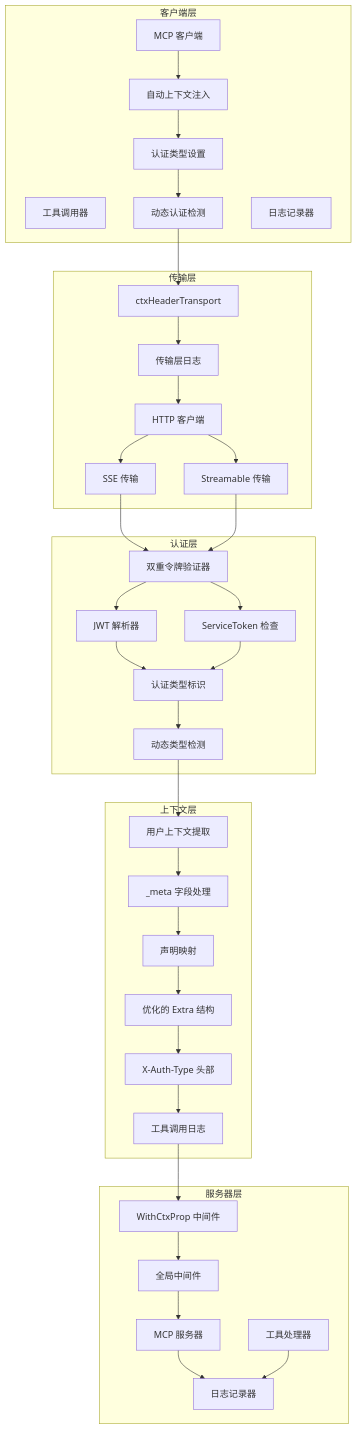
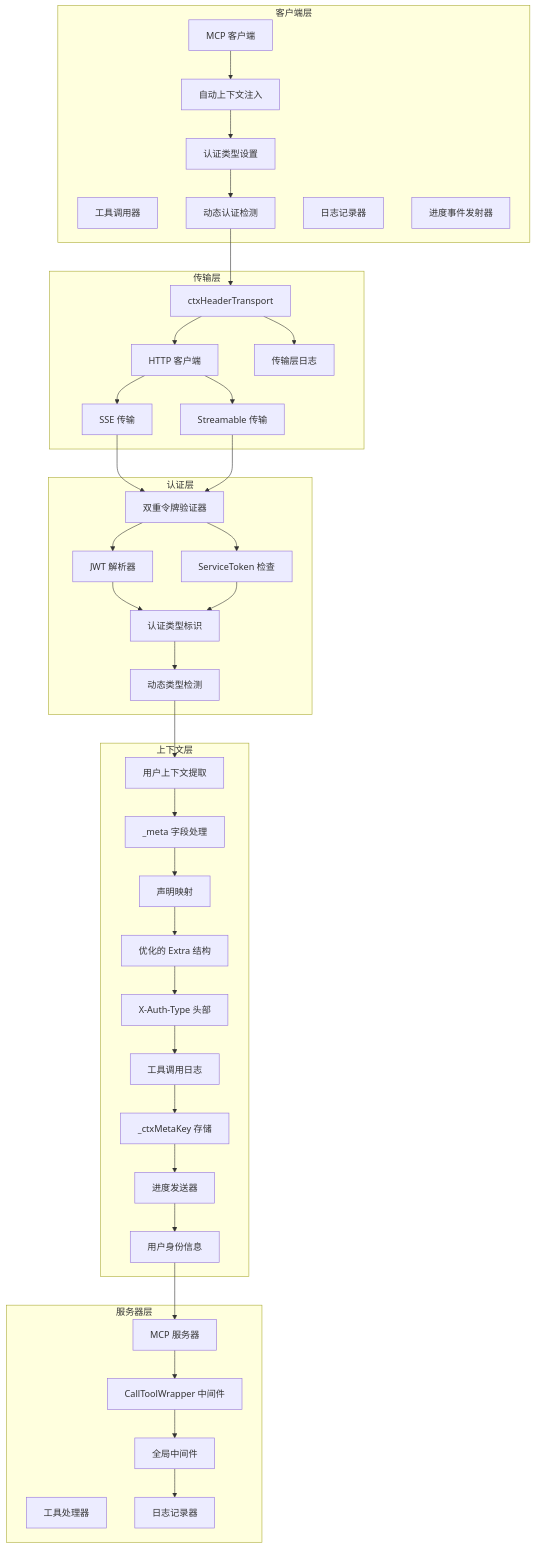
The seventh of 13 diagrams in .qoder/repowiki/zh/content/Mcpx Authentication System.md (maomao94/zero-service), drawn with Mermaid before and after one commit. The commit also changed other lines of this file and 42 other files, not shown here.

````diff
--- a/.qoder/repowiki/zh/content/Mcpx Authentication System.md
+++ b/.qoder/repowiki/zh/content/Mcpx Authentication System.md
@@ -264,66 +312,72 @@
 ```mermaid
 graph TB
 subgraph "客户端层"
 A[MCP 客户端]
 B[工具调用器]
 C[自动上下文注入]
 D[认证类型设置]
 E[动态认证检测]
 F[日志记录器]
+G[进度事件发射器]
 end
 subgraph "传输层"
-G[HTTP 客户端]
-H[SSE 传输]
-I[Streamable 传输]
-J[ctxHeaderTransport]
-K[传输层日志]
+H[HTTP 客户端]
+I[SSE 传输]
+J[Streamable 传输]
+K[ctxHeaderTransport]
+L[传输层日志]
 end
 subgraph "认证层"
-L[双重令牌验证器]
-M[JWT 解析器]
-N[ServiceToken 检查]
-O[认证类型标识]
-P[动态类型检测]
+M[双重令牌验证器]
+N[JWT 解析器]
+O[ServiceToken 检查]
+P[认证类型标识]
+Q[动态类型检测]
 end
 subgraph "上下文层"
-Q[用户上下文提取]
-R[_meta 字段处理]
-S[声明映射]
-T[优化的 Extra 结构]
-U[X-Auth-Type 头部]
-V[工具调用日志]
+R[用户上下文提取]
+S[_meta 字段处理]
+T[声明映射]
+U[优化的 Extra 结构]
+V[X-Auth-Type 头部]
+W[工具调用日志]
+X[_ctxMetaKey 存储]
+Y[进度发送器]
+Z[用户身份信息]
 end
 subgraph "服务器层"
-W[MCP 服务器]
-X[工具处理器]
-Y[WithCtxProp 中间件]
-Z[全局中间件]
-AA[日志记录器]
+AA[MCP 服务器]
+BB[工具处理器]
+CC[CallToolWrapper 中间件]
+DD[全局中间件]
+EE[日志记录器]
 end
 A --> C
 C --> D
 D --> E
-E --> J
-J --> K
-K --> G
-G --> H
-G --> I
-H --> L
-I --> L
-L --> M
-L --> N
+E --> K
+K --> L
+K --> H
+H --> I
+H --> J
+I --> M
+J --> M
+M --> N
 M --> O
-N --> O
+N --> P
 O --> P
 P --> Q
 Q --> R
 R --> S
 S --> T
 T --> U
 U --> V
-V --> Y
+V --> W
+W --> X
+X --> Y
 Y --> Z
-Z --> W
-W --> AA
-X --> AA
+Z --> AA
+AA --> CC
+CC --> DD
+DD --> EE
 ```
````
